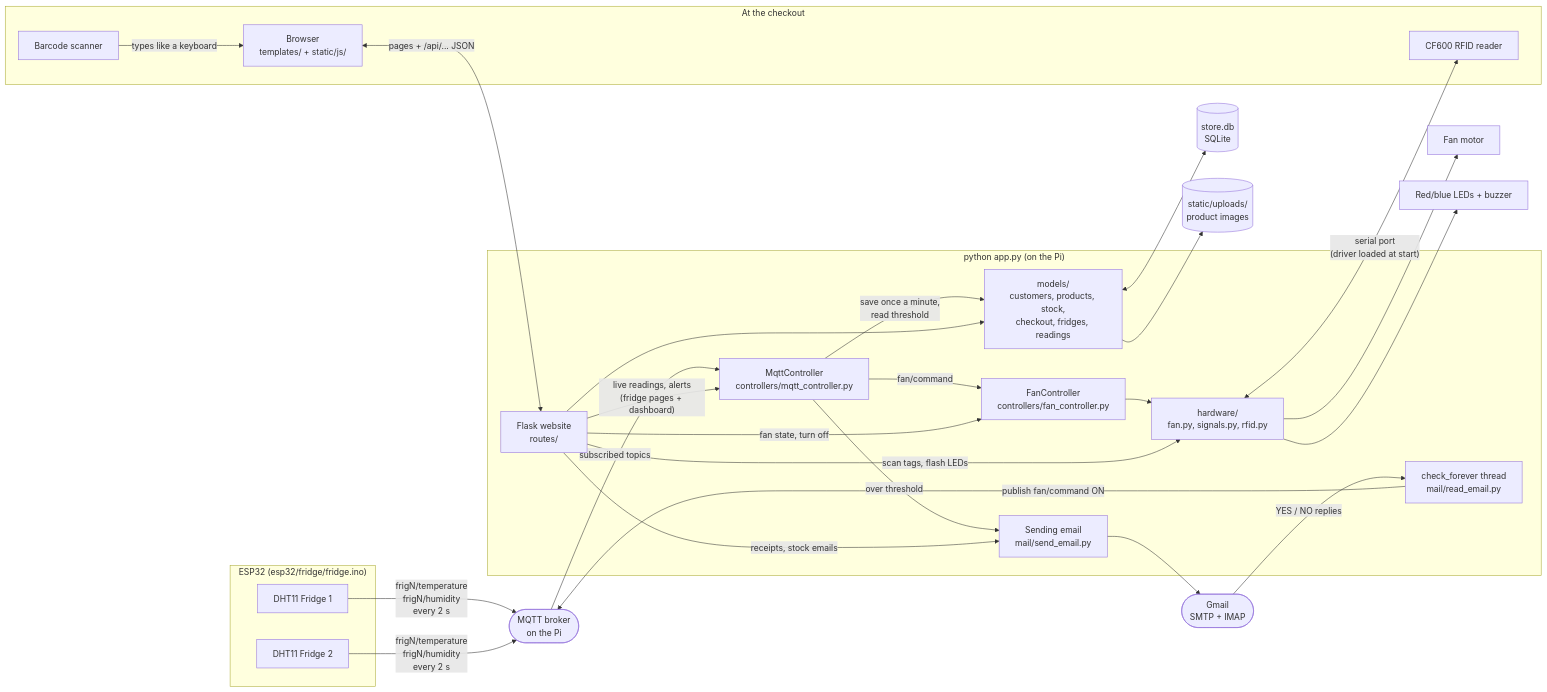
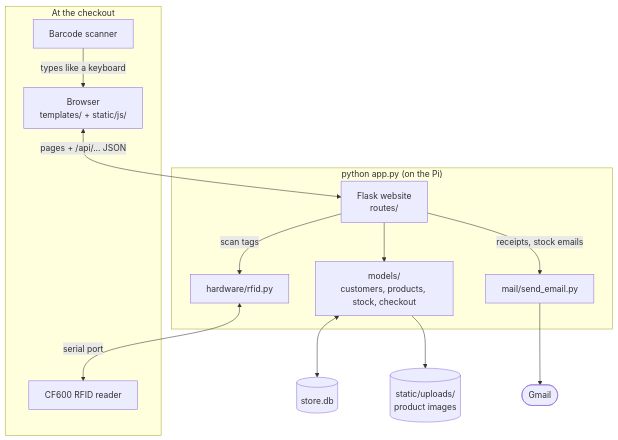
Before and after one commit to gvogas/IoT: the second of 5 diagrams in docs/architecture.md, drawn with Mermaid. The commit also changed other lines of this file and 58 other files, not shown here.

````diff
--- a/docs/architecture.md
+++ b/docs/architecture.md
@@ -21,53 +66,29 @@
 ```mermaid
-flowchart LR
-    subgraph ESP32["ESP32 (esp32/fridge/fridge.ino)"]
-        DHT1["DHT11 Fridge 1"]
-        DHT2["DHT11 Fridge 2"]
-    end
-
+flowchart TD
     subgraph Store["At the checkout"]
         Browser["Browser<br/>templates/ + static/js/"]
         Barcode["Barcode scanner"]
         Reader["CF600 RFID reader"]
     end
 
-    Broker(["MQTT broker<br/>on the Pi"])
-
     subgraph Pi["python app.py (on the Pi)"]
         Flask["Flask website<br/>routes/"]
-        MQTT["MqttController<br/>controllers/mqtt_controller.py"]
-        FanC["FanController<br/>controllers/fan_controller.py"]
-        Inbox["check_forever thread<br/>mail/read_email.py"]
-        Send["Sending email<br/>mail/send_email.py"]
-        Models["models/<br/>customers, products, stock,<br/>checkout, fridges, readings"]
-        HW["hardware/<br/>fan.py, signals.py, rfid.py"]
+        Models["models/<br/>customers, products, stock, checkout"]
+        HW["hardware/rfid.py"]
+        Send["mail/send_email.py"]
     end
 
-    DB[("store.db<br/>SQLite")]
+    DB[("store.db")]
     Images[("static/uploads/<br/>product images")]
-    Gmail(["Gmail<br/>SMTP + IMAP"])
-    Fan["Fan motor"]
-    LEDs["Red/blue LEDs + buzzer"]
+    Gmail(["Gmail"])
 
-    DHT1 & DHT2 -->|"frigN/temperature<br/>frigN/humidity<br/>every 2 s"| Broker
-    Broker -->|subscribed topics| MQTT
-    MQTT -->|fan/command| FanC
-    MQTT -->|"save once a minute,<br/>read threshold"| Models
-    MQTT -->|"over threshold"| Send
-    Send --> Gmail
-    Gmail -->|"YES / NO replies"| Inbox
-    Inbox -->|"publish fan/command ON"| Broker
-    FanC --> HW
-    HW --> Fan
-    HW --> LEDs
-    HW <-->|"serial port<br/>(driver loaded at start)"| Reader
     Barcode -->|"types like a keyboard"| Browser
+    Browser <-->|"pages + /api/... JSON"| Flask
+    Flask --> Models
     Models <--> DB
     Models --> Images
-    Browser <-->|"pages + /api/... JSON"| Flask
-    Flask --> Models
-    Flask -->|"scan tags, flash LEDs"| HW
+    Flask -->|"scan tags"| HW
+    HW <-->|"serial port"| Reader
     Flask -->|"receipts, stock emails"| Send
-    Flask -->|"live readings, alerts<br/>(fridge pages + dashboard)"| MQTT
-    Flask -->|"fan state, turn off"| FanC
+    Send --> Gmail
 ```
````
